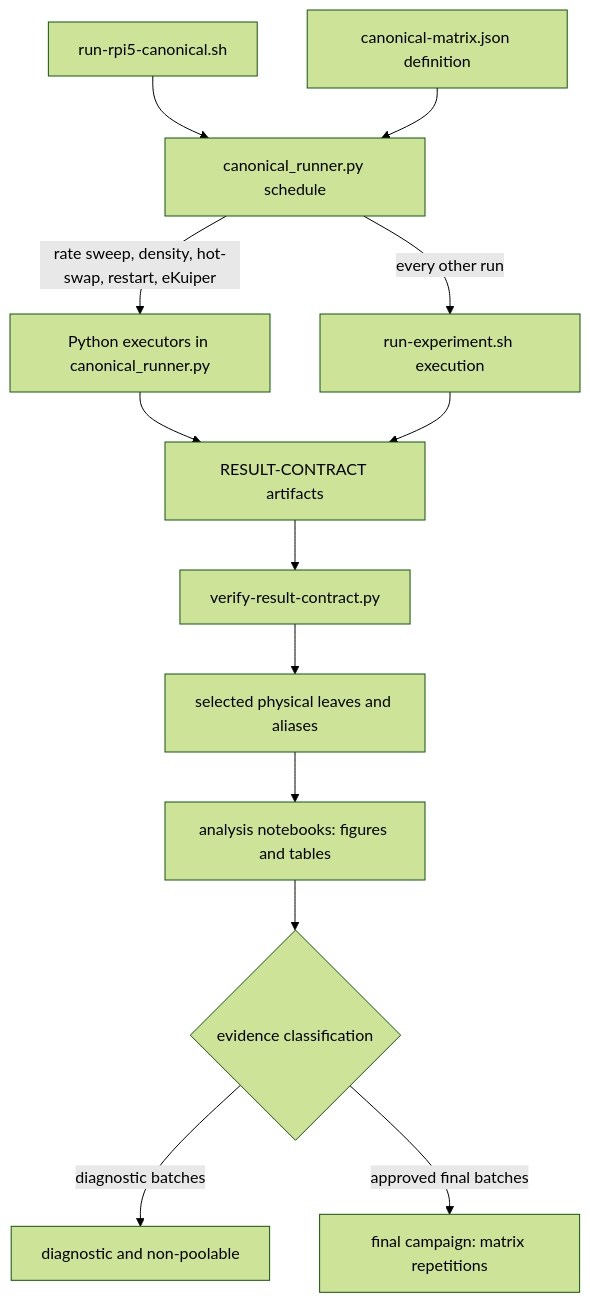
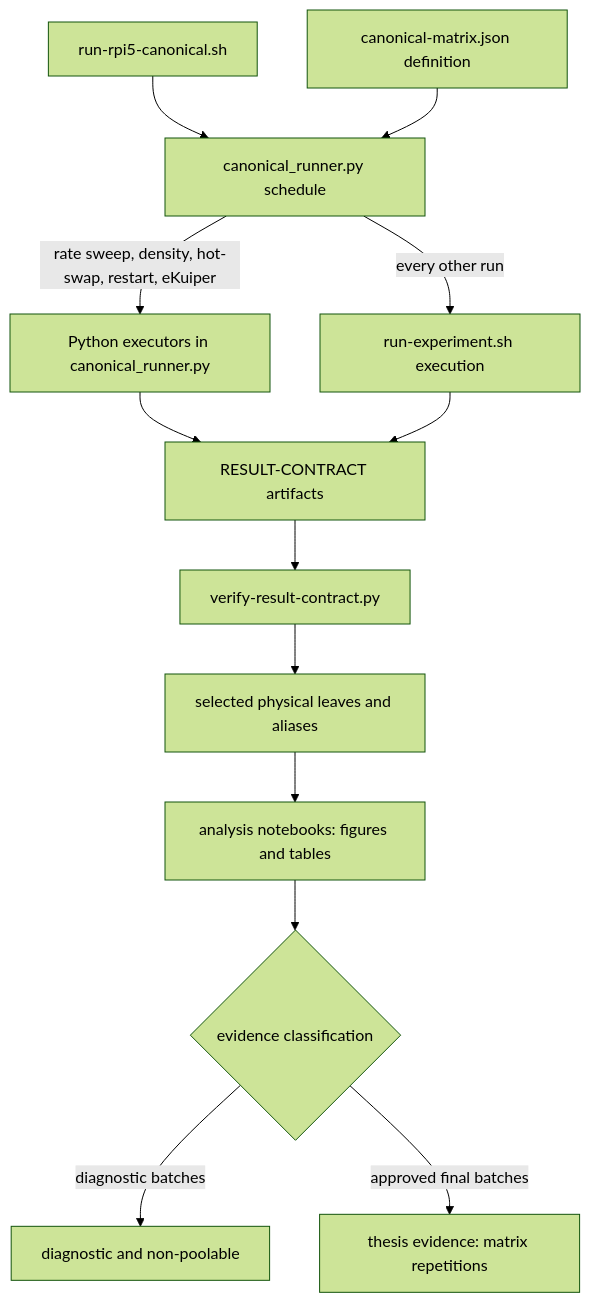
Before and after one commit to PedroKlein/wafer: the diagram in docs/learn/evaluation-harness.md, drawn with Mermaid (forest theme). The commit also changed other lines of this file and 27 other files, not shown here.

````diff
--- a/docs/learn/evaluation-harness.md
+++ b/docs/learn/evaluation-harness.md
@@ -9,15 +9,15 @@
 ```mermaid
 flowchart TD
     S[run-rpi5-canonical.sh] --> B[canonical_runner.py schedule]
     A[canonical-matrix.json definition] --> B
     B -->|rate sweep, density, hot-swap, restart, eKuiper| P[Python executors in canonical_runner.py]
     B -->|every other run| C[run-experiment.sh execution]
     P --> D[RESULT-CONTRACT artifacts]
     C --> D
     D --> E[verify-result-contract.py]
     E --> F[selected physical leaves and aliases]
     F --> H[analysis notebooks: figures and tables]
     H --> I{evidence classification}
     I -->|diagnostic batches| J[diagnostic and non-poolable]
-    I -->|approved final batches| K[final campaign: matrix repetitions]
+    I -->|approved final batches| K[thesis evidence: matrix repetitions]
 ```
````
